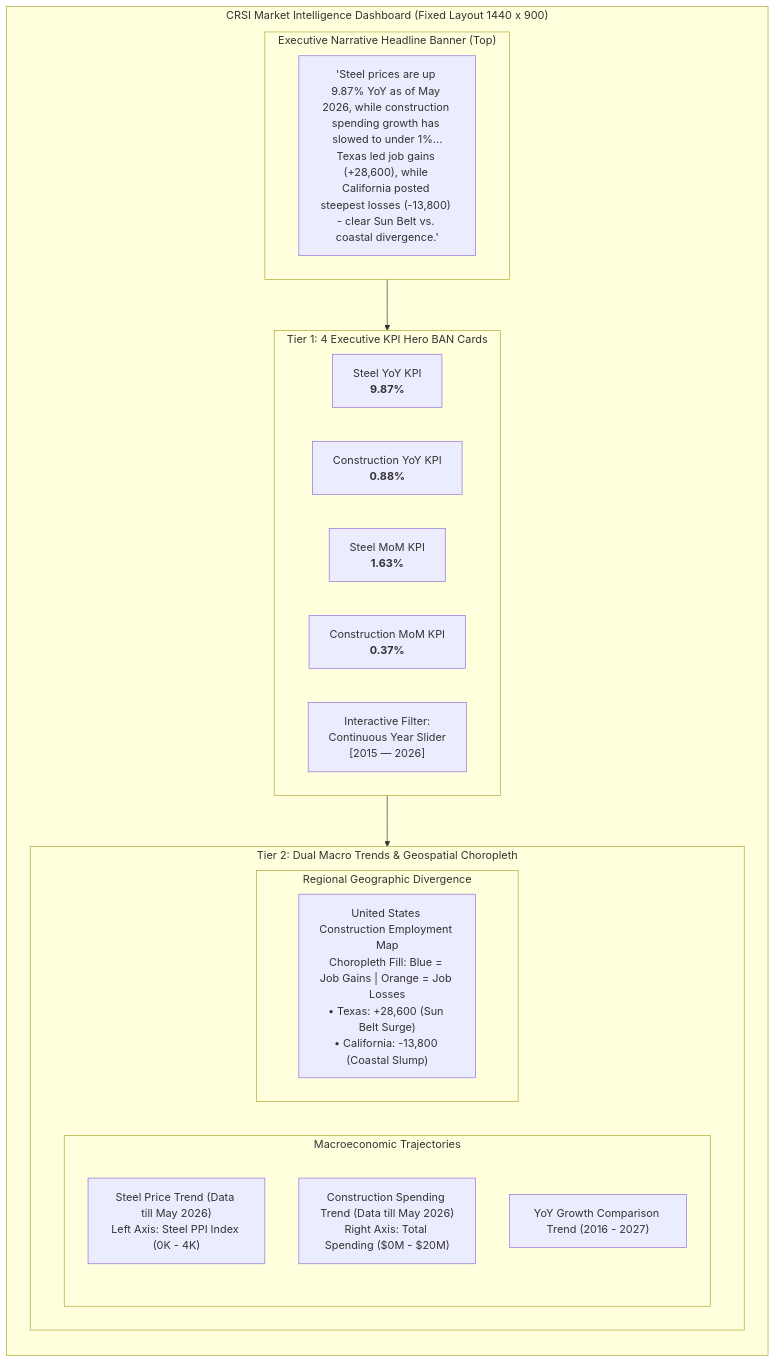
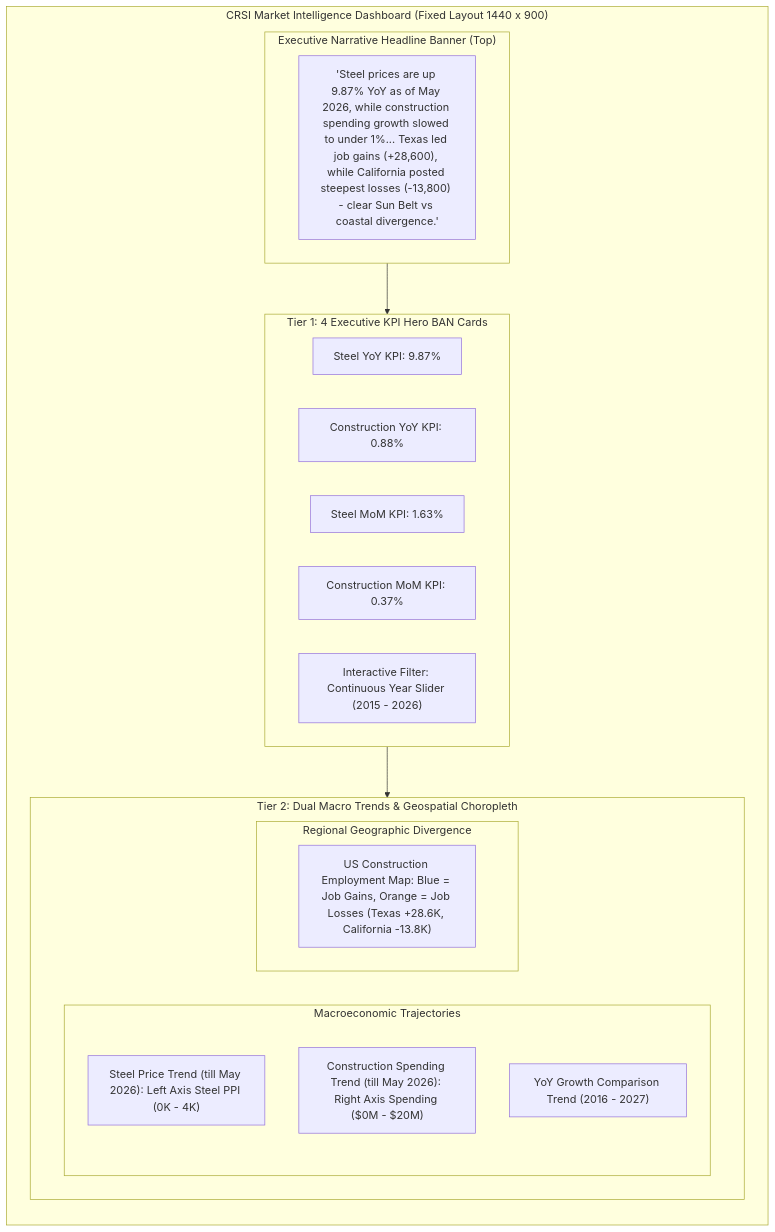
Diagram 12 of 18 in notes/data_analysis/Unit_5_notes.md (DeepLumiere/DeepSkills), drawn with Mermaid before and after one commit. The commit also changed other lines of this file and 56 other files, not shown here.

````diff
--- a/notes/data_analysis/Unit_5_notes.md
+++ b/notes/data_analysis/Unit_5_notes.md
@@ -690,33 +690,33 @@
 ```mermaid
 flowchart TD
     subgraph DashboardCanvas ["CRSI Market Intelligence Dashboard (Fixed Layout 1440 x 900)"]
         direction TB
 
         subgraph HeaderSection ["Executive Narrative Headline Banner (Top)"]
-            H1["'Steel prices are up 9.87% YoY as of May 2026, while construction spending growth has slowed to under 1%...<br/>Texas led job gains (+28,600), while California posted steepest losses (-13,800) - clear Sun Belt vs. coastal divergence.'"]
+            H1["'Steel prices are up 9.87% YoY as of May 2026, while construction spending growth slowed to under 1%... Texas led job gains (+28,600), while California posted steepest losses (-13,800) - clear Sun Belt vs coastal divergence.'"]
         end
 
         subgraph Tier1Cards ["Tier 1: 4 Executive KPI Hero BAN Cards"]
             direction LR
-            K1["Steel YoY KPI<br/><b>9.87%</b>"]
-            K2["Construction YoY KPI<br/><b>0.88%</b>"]
-            K3["Steel MoM KPI<br/><b>1.63%</b>"]
-            K4["Construction MoM KPI<br/><b>0.37%</b>"]
-            Slider["Interactive Filter:<br/>Continuous Year Slider<br/>[2015 — 2026]"]
+            K1["Steel YoY KPI: 9.87%"]
+            K2["Construction YoY KPI: 0.88%"]
+            K3["Steel MoM KPI: 1.63%"]
+            K4["Construction MoM KPI: 0.37%"]
+            Slider["Interactive Filter: Continuous Year Slider (2015 - 2026)"]
         end
 
         subgraph Tier2Body ["Tier 2: Dual Macro Trends & Geospatial Choropleth"]
             direction LR
             subgraph LeftCol ["Macroeconomic Trajectories"]
-                MT1["Steel Price Trend (Data till May 2026)<br/>Left Axis: Steel PPI Index (0K - 4K)"]
-                MT2["Construction Spending Trend (Data till May 2026)<br/>Right Axis: Total Spending ($0M - $20M)"]
+                MT1["Steel Price Trend (till May 2026): Left Axis Steel PPI (0K - 4K)"]
+                MT2["Construction Spending Trend (till May 2026): Right Axis Spending ($0M - $20M)"]
                 YOY["YoY Growth Comparison Trend (2016 - 2027)"]
             end
             subgraph RightCol ["Regional Geographic Divergence"]
-                MAP["United States Construction Employment Map<br/>Choropleth Fill: Blue = Job Gains | Orange = Job Losses<br/>• Texas: +28,600 (Sun Belt Surge)<br/>• California: -13,800 (Coastal Slump)"]
+                MAP["US Construction Employment Map: Blue = Job Gains, Orange = Job Losses (Texas +28.6K, California -13.8K)"]
             end
         end
 
         HeaderSection --> Tier1Cards --> Tier2Body
     end
 ```
````
